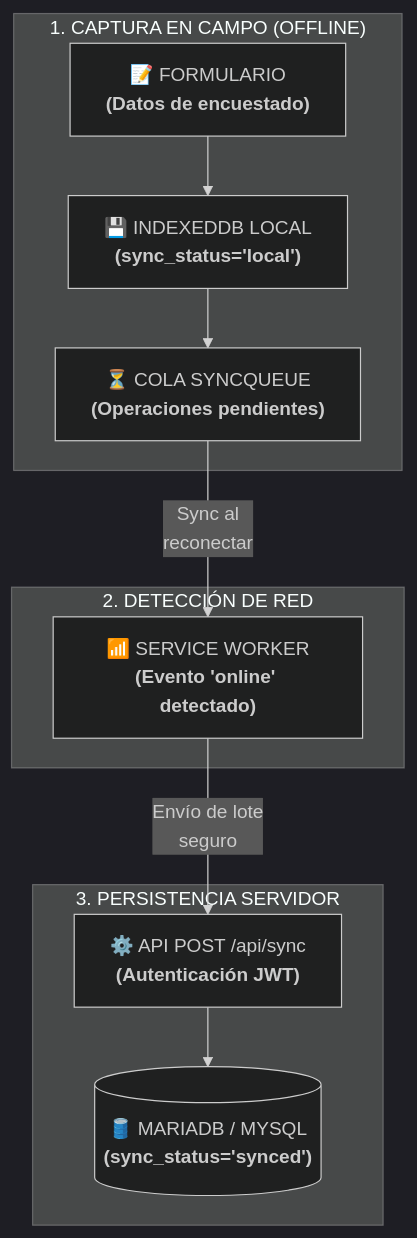
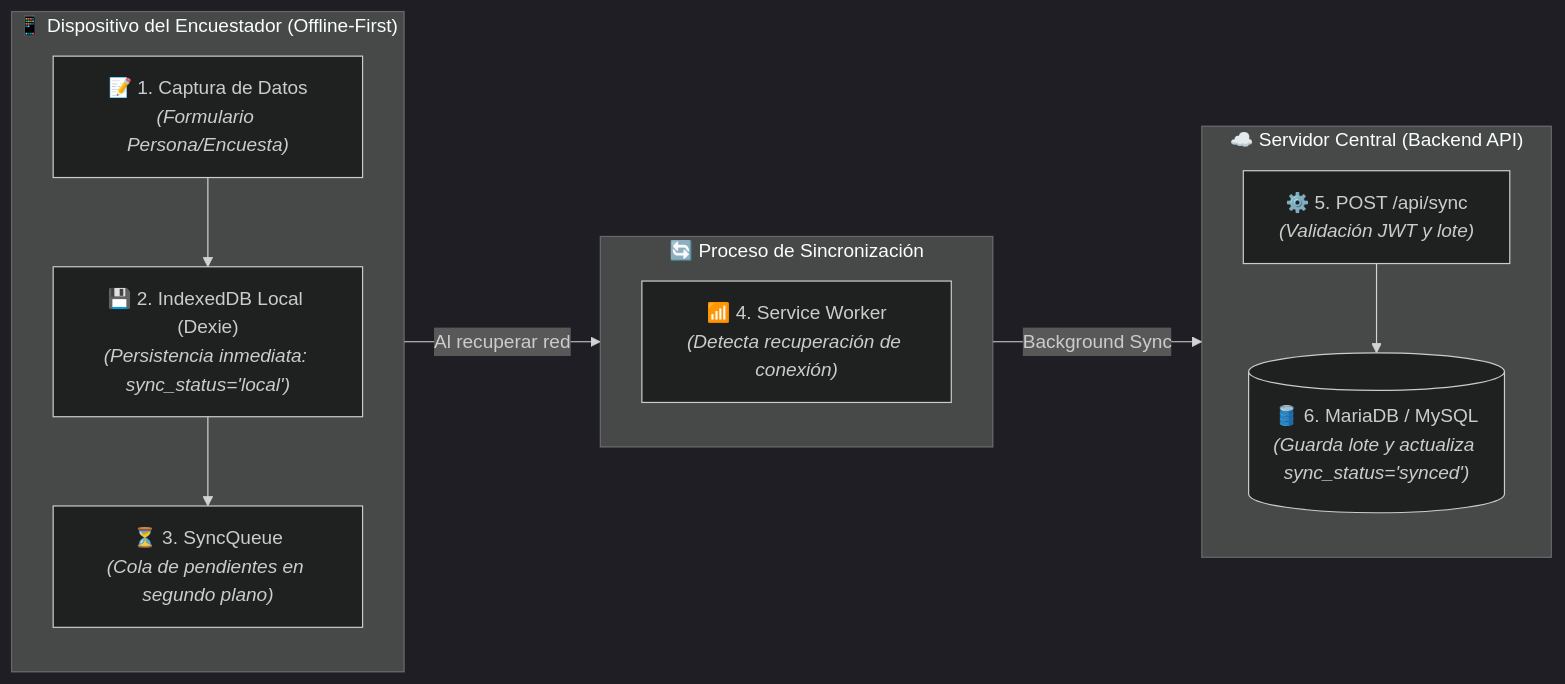
One commit to Santiago072/ModuloCRUD changed the diagram in docs/Especificacion_Requisitos.md. Above: the diagram before and after it, drawn with Mermaid (dark theme). The commit also changed other lines of this file, not shown here.

Commit message:
docs: restaurar diseno original horizontal graph LR de sincronizacion offline

````diff
--- a/docs/Especificacion_Requisitos.md
+++ b/docs/Especificacion_Requisitos.md
@@ -40,22 +40,27 @@
 ```mermaid
-flowchart TD
-    subgraph S1["1. CAPTURA EN CAMPO (OFFLINE)"]
-        A["📝 FORMULARIO<br/><b>(Datos de encuestado)</b>"]
-        B["💾 INDEXEDDB LOCAL<br/><b>(sync_status='local')</b>"]
-        C["⏳ COLA SYNCQUEUE<br/><b>(Operaciones pendientes)</b>"]
-        A --> B --> C
+graph LR
+    subgraph CLIENTE["📱 Dispositivo del Encuestador (Offline-First)"]
+        direction TB
+        ACT["📝 1. Captura de Datos<br/><i>(Formulario Persona/Encuesta)</i>"]
+        IDB["💾 2. IndexedDB Local (Dexie)<br/><i>(Persistencia inmediata: sync_status='local')</i>"]
+        QUEUE["⏳ 3. SyncQueue<br/><i>(Cola de pendientes en segundo plano)</i>"]
+
+        ACT --> IDB --> QUEUE
     end
 
-    subgraph S2["2. DETECCIÓN DE RED"]
-        D["📶 SERVICE WORKER<br/><b>(Evento 'online' detectado)</b>"]
+    subgraph SYNC["🔄 Proceso de Sincronización"]
+        direction TB
+        SW["📶 4. Service Worker<br/><i>(Detecta recuperación de conexión)</i>"]
     end
 
-    subgraph S3["3. PERSISTENCIA SERVIDOR"]
-        E["⚙️ API POST /api/sync<br/><b>(Autenticación JWT)</b>"]
-        F[("🛢️ MARIADB / MYSQL<br/><b>(sync_status='synced')</b>")]
-        E --> F
+    subgraph SERVER["☁️ Servidor Central (Backend API)"]
+        direction TB
+        API["⚙️ 5. POST /api/sync<br/><i>(Validación JWT y lote)</i>"]
+        MYSQL[("🛢️ 6. MariaDB / MySQL<br/><i>(Guarda lote y actualiza sync_status='synced')</i>")]
+
+        API --> MYSQL
     end
 
-    C -->|"Sync al<br/>reconectar"| D
-    D -->|"Envío de lote<br/>seguro"| E
+    QUEUE -->|"Al recuperar red"| SW
+    SW -->|"Background Sync"| API
 ```
````
